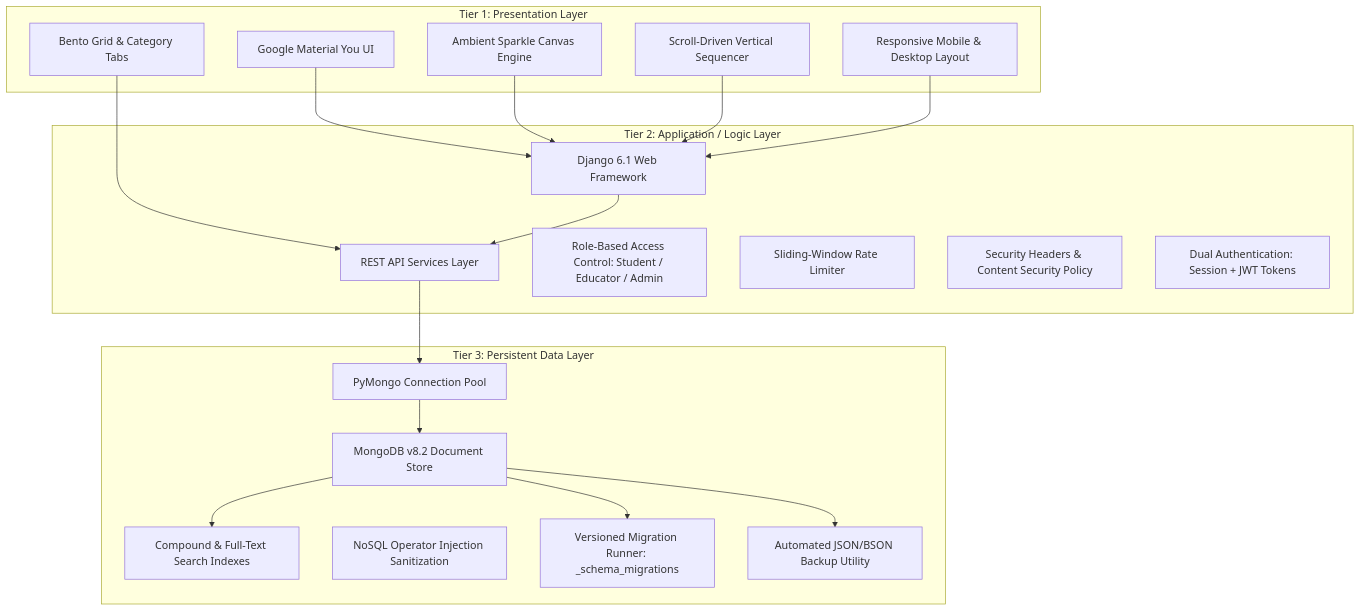
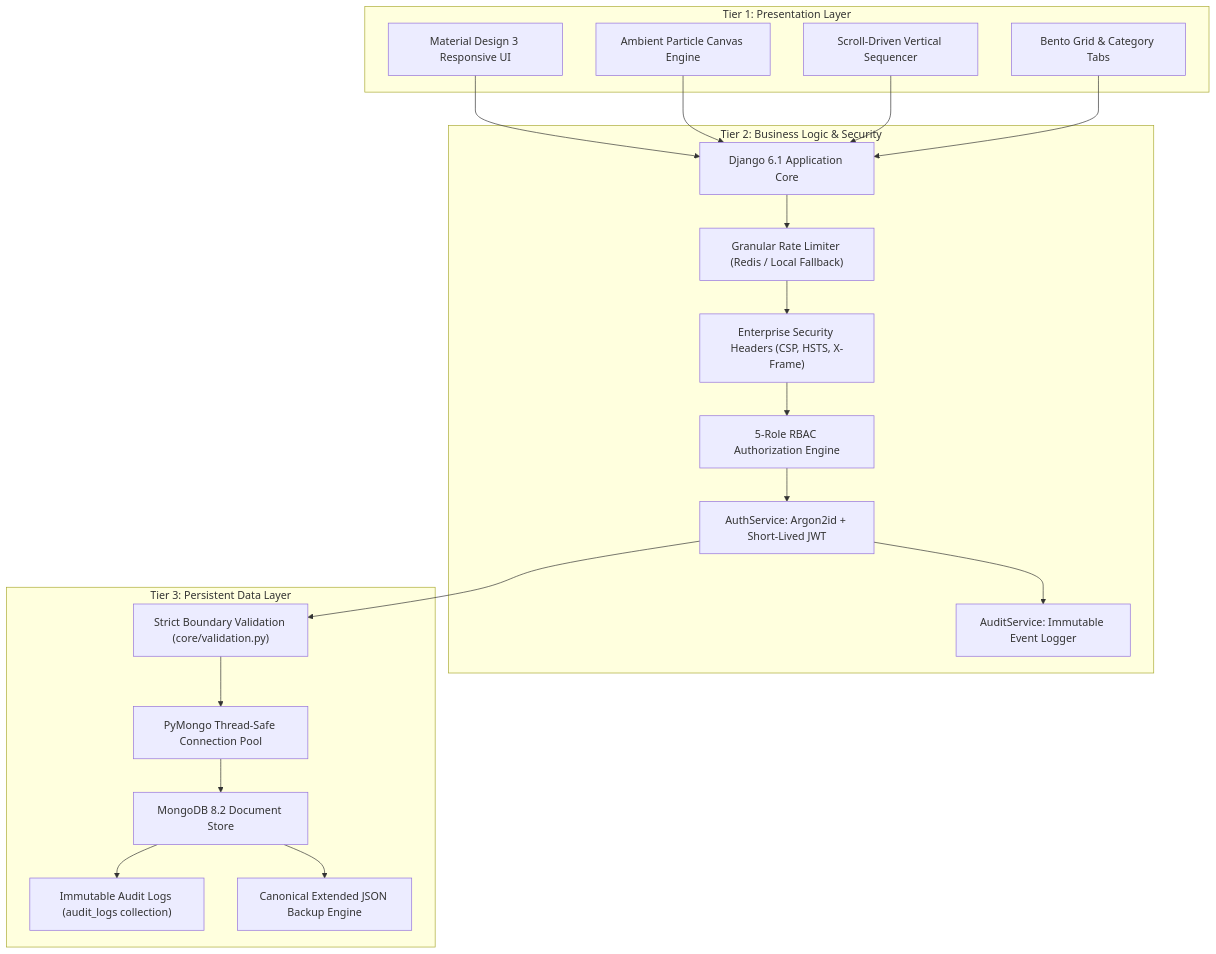
The diagram in README.md (Ojasvimishra/learn-sphere), drawn with Mermaid before and after one commit. The commit also changed other lines of this file and 25 other files, not shown here.

Commit message:
Phase 0: Security hardening, 5-role RBAC, short-lived JWT, and immutable audit logs

````diff
--- a/README.md
+++ b/README.md
@@ -53,40 +55,41 @@
 ```mermaid
 graph TD
-    subgraph Tier 1: Presentation Layer
-        A[Google Material You UI]
-        B[Ambient Sparkle Canvas Engine]
-        C[Scroll-Driven Vertical Sequencer]
-        D[Bento Grid & Category Tabs]
-        E[Responsive Mobile & Desktop Layout]
+    subgraph Presentation_Layer ["Tier 1: Presentation Layer"]
+        A["Material Design 3 Responsive UI"]
+        B["Ambient Particle Canvas Engine"]
+        C["Scroll-Driven Vertical Sequencer"]
+        D["Bento Grid & Category Tabs"]
     end
 
-    subgraph Tier 2: Application / Logic Layer
-        F[Django 6.1 Web Framework]
-        G[REST API Services Layer]
-        H[Role-Based Access Control: Student / Educator / Admin]
-        I[Sliding-Window Rate Limiter]
-        J[Security Headers & Content Security Policy]
-        K[Dual Authentication: Session + JWT Tokens]
+    subgraph Logic_Layer ["Tier 2: Business Logic & Security"]
+        F["Django 6.1 Application Core"]
+        G["Granular Rate Limiter (Redis / Local Fallback)"]
+        H["Enterprise Security Headers (CSP, HSTS, X-Frame)"]
+        I["5-Role RBAC Authorization Engine"]
+        J["AuthService: Argon2id + Short-Lived JWT"]
+        K["AuditService: Immutable Event Logger"]
     end
 
-    subgraph Tier 3: Persistent Data Layer
-        L[MongoDB v8.2 Document Store]
-        M[PyMongo Connection Pool]
-        N[Compound & Full-Text Search Indexes]
-        O[NoSQL Operator Injection Sanitization]
-        P[Versioned Migration Runner: _schema_migrations]
-        Q[Automated JSON/BSON Backup Utility]
+    subgraph Data_Layer ["Tier 3: Persistent Data Layer"]
+        L["MongoDB 8.2 Document Store"]
+        M["PyMongo Thread-Safe Connection Pool"]
+        N["Strict Boundary Validation (core/validation.py)"]
+        O["Immutable Audit Logs (audit_logs collection)"]
+        P["Canonical Extended JSON Backup Engine"]
     end
 
     A --> F
     B --> F
     C --> F
-    D --> G
-    E --> F
+    D --> F
     F --> G
-    G --> M
+    G --> H
+    H --> I
+    I --> J
+    J --> K
+    J --> N
+    N --> M
     M --> L
-    L --> N
+    L --> O
     L --> P
-    L --> Q
 ```
````
